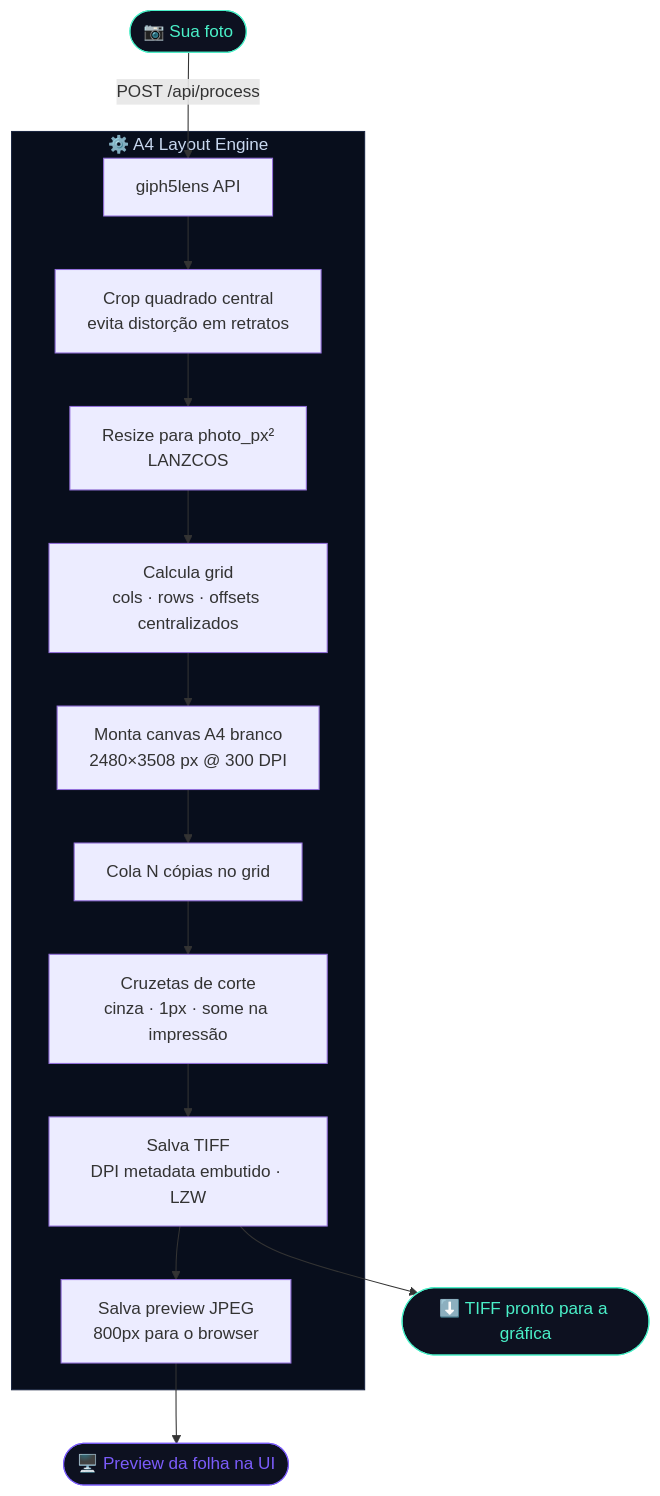
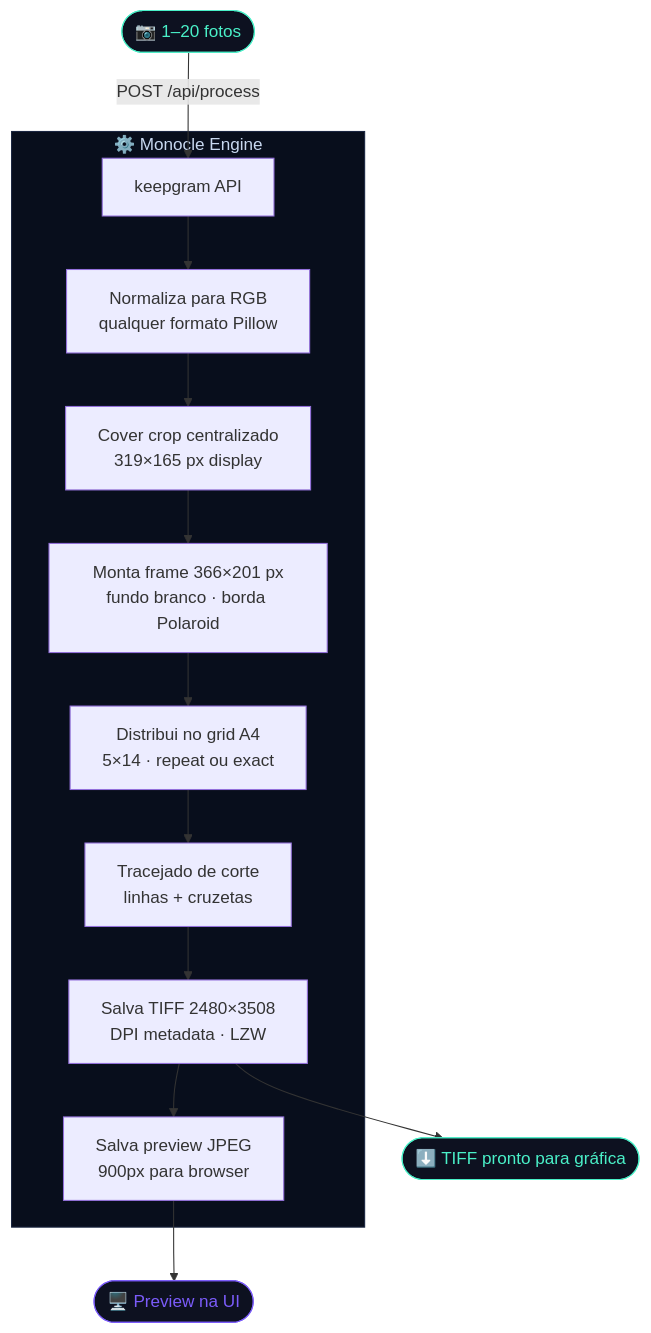
One commit to pizzirano/giph5lens changed the second of 5 diagrams in README.md. Above: the diagram before and after it, drawn with Mermaid. The commit also changed other lines of this file, not shown here.

Commit message:
update v3 keepgram

````diff
--- a/README.md
+++ b/README.md
@@ -150,23 +172,22 @@
 ```mermaid
 flowchart TD
-    A([📷 Sua foto]) -->|POST /api/process| B[giph5lens API]
+    A([📷 1–20 fotos]) -->|POST /api/process| B[keepgram API]
 
-    subgraph Engine["⚙️ A4 Layout Engine"]
-        B --> C[Crop quadrado central\nevita distorção em retratos]
-        C --> D[Resize para photo_px²\nLANZCOS]
-        D --> E[Calcula grid\ncols · rows · offsets centralizados]
-        E --> F[Monta canvas A4 branco\n2480×3508 px @ 300 DPI]
-        F --> G[Cola N cópias no grid]
-        G --> H[Cruzetas de corte\ncinza · 1px · some na impressão]
-        H --> I[Salva TIFF\nDPI metadata embutido · LZW]
-        I --> J[Salva preview JPEG\n800px para o browser]
+    subgraph Engine["⚙️ Monocle Engine"]
+        B --> C[Normaliza para RGB\nqualquer formato Pillow]
+        C --> D[Cover crop centralizado\n319×165 px display]
+        D --> E[Monta frame 366×201 px\nfundo branco · borda Polaroid]
+        E --> F[Distribui no grid A4\n5×14 · repeat ou exact]
+        F --> G[Tracejado de corte\nlinhas + cruzetas]
+        G --> H[Salva TIFF 2480×3508\nDPI metadata · LZW]
+        H --> I[Salva preview JPEG\n900px para browser]
     end
 
-    J --> K([🖥️ Preview da folha na UI])
-    I --> L([⬇️ TIFF pronto para a gráfica])
+    I --> J([🖥️ Preview na UI])
+    H --> K([⬇️ TIFF pronto para gráfica])
 
     style A fill:#0d1120,color:#4af0c8,stroke:#4af0c8
-    style K fill:#0d1120,color:#7b5cfa,stroke:#7b5cfa
-    style L fill:#0d1120,color:#4af0c8,stroke:#4af0c8
+    style J fill:#0d1120,color:#7b5cfa,stroke:#7b5cfa
+    style K fill:#0d1120,color:#4af0c8,stroke:#4af0c8
     style Engine fill:#080e1c,color:#c8d8f0,stroke:#1a2540
 ```
````
